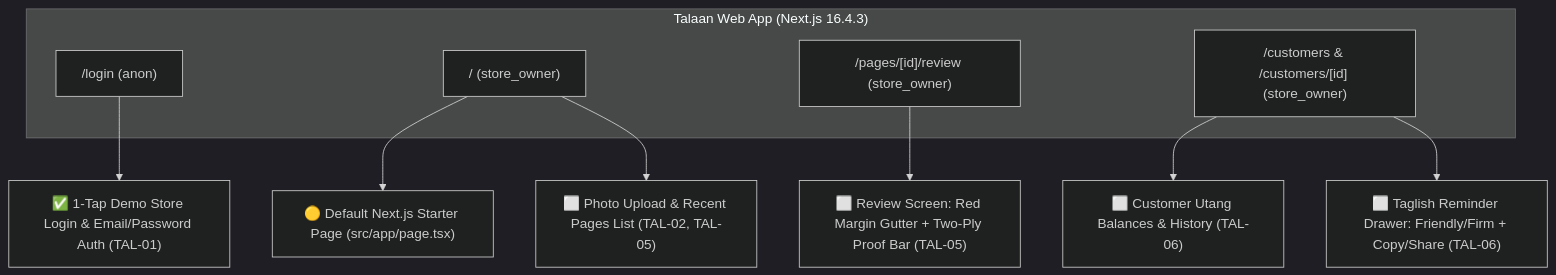
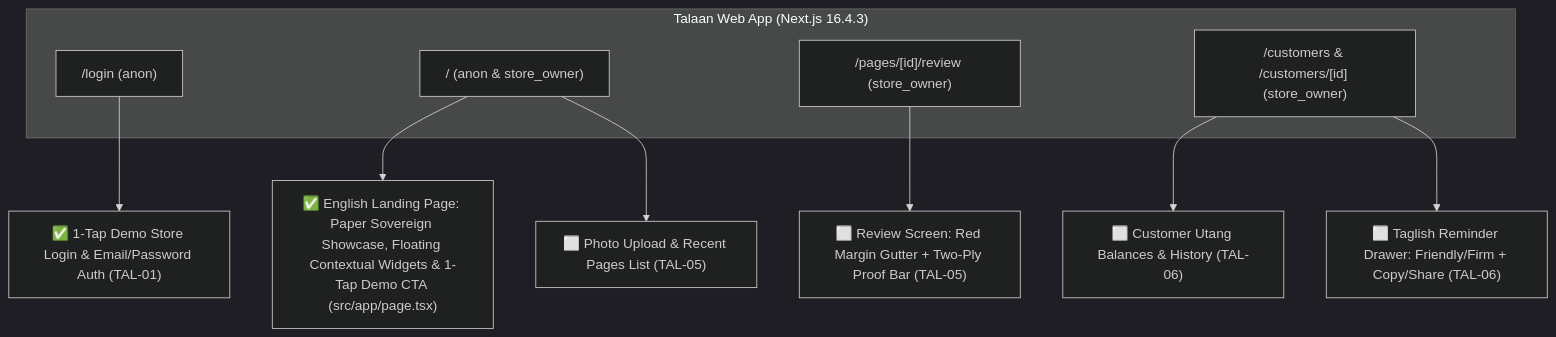
Before and after one commit to ejay-detera/talaan: the first of 5 diagrams in docs/flow.md, drawn with Mermaid (dark theme). The commit also changed other lines of this file and 49 other files, not shown here.

````diff
--- a/docs/flow.md
+++ b/docs/flow.md
@@ -23,15 +23,15 @@
 ```mermaid
 flowchart TB
   subgraph app ["Talaan Web App (Next.js 16.4.3)"]
     S0["/login (anon)"]
-    S1["/ (store_owner)"]
+    S1["/ (anon & store_owner)"]
     S2["/pages/[id]/review (store_owner)"]
     S3["/customers & /customers/[id] (store_owner)"]
   end
   S0 --> A1["✅ 1-Tap Demo Store Login & Email/Password Auth (TAL-01)"]
-  S1 --> B1["🟡 Default Next.js Starter Page (src/app/page.tsx)"]
-  S1 --> B2["⬜ Photo Upload & Recent Pages List (TAL-02, TAL-05)"]
+  S1 --> B1["✅ English Landing Page: Paper Sovereign Showcase, Floating Contextual Widgets & 1-Tap Demo CTA (src/app/page.tsx)"]
+  S1 --> B2["⬜ Photo Upload & Recent Pages List (TAL-05)"]
   S2 --> C1["⬜ Review Screen: Red Margin Gutter + Two-Ply Proof Bar (TAL-05)"]
   S3 --> D1["⬜ Customer Utang Balances & History (TAL-06)"]
   S3 --> D2["⬜ Taglish Reminder Drawer: Friendly/Firm + Copy/Share (TAL-06)"]
 ```
````
